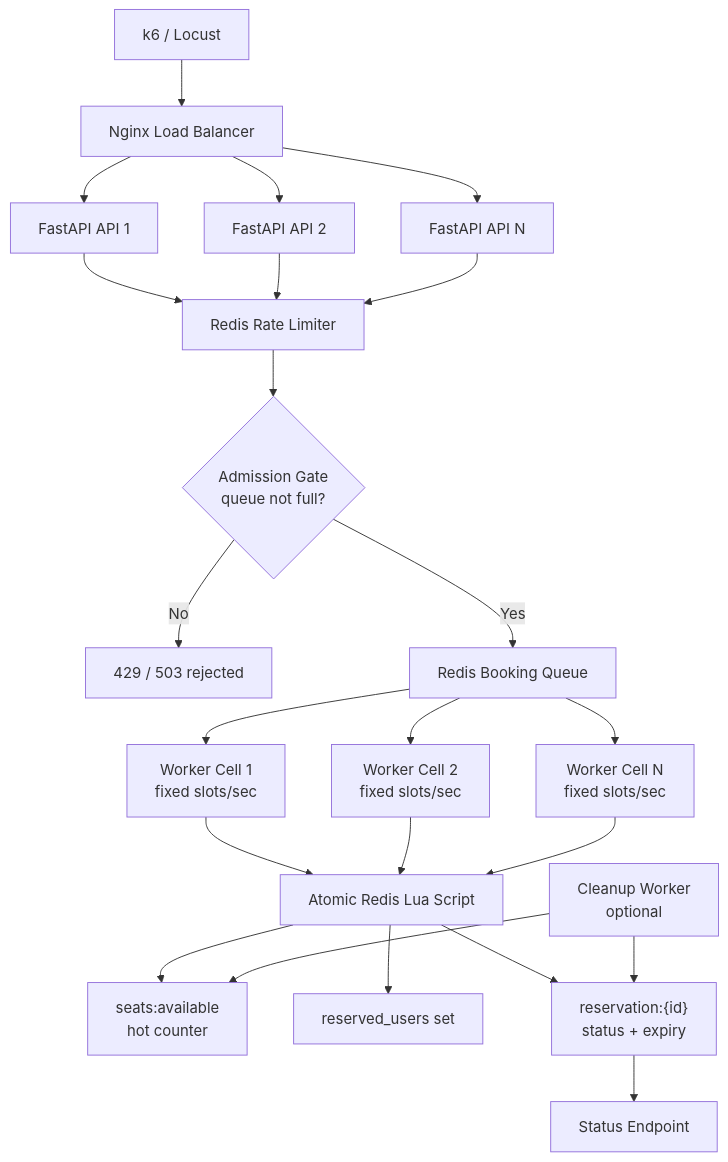
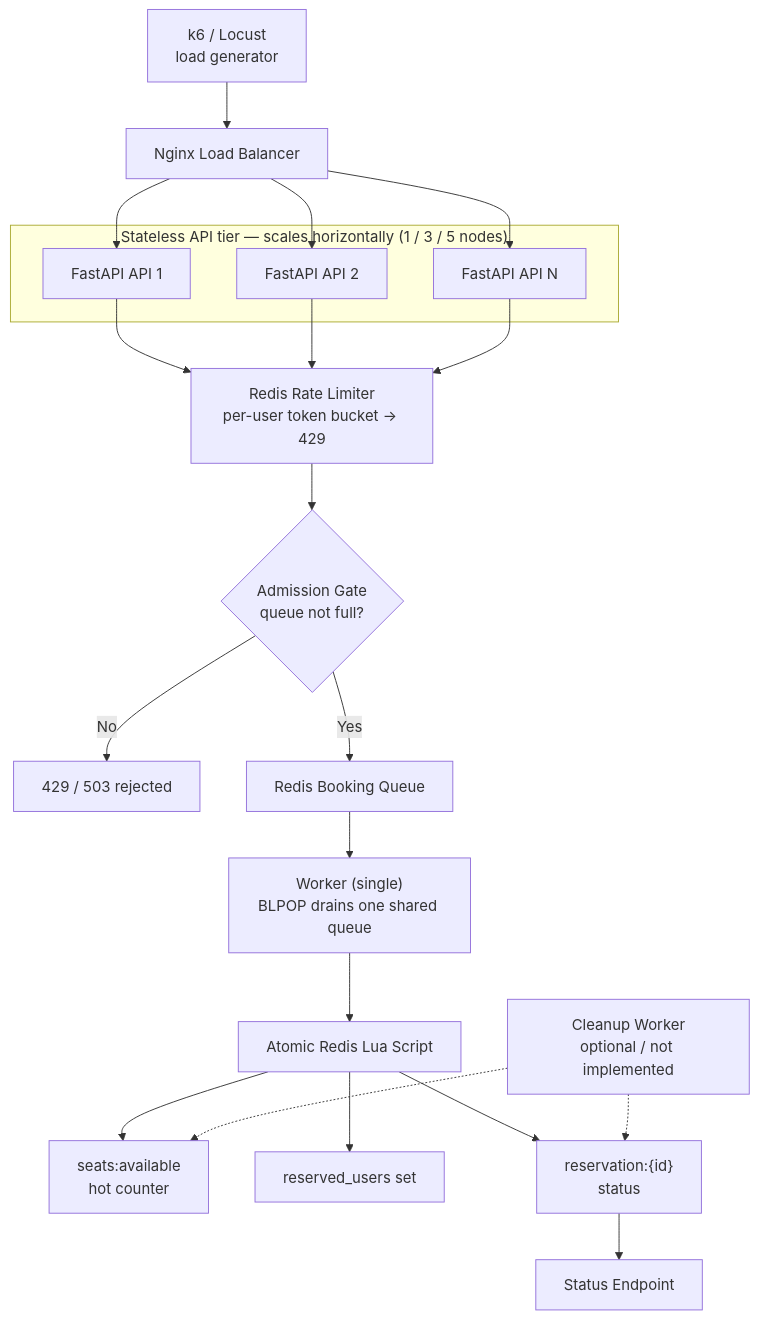
One commit to felix00112/SE3S-Assignment-Prototyping1 changed the diagram in README.md. Above: the diagram before and after it, drawn with Mermaid. The commit also changed other lines of this file and 4 other files, not shown here.

Commit message:
add GCP Nginx load balancer in front of the API tier

````diff
--- a/README.md
+++ b/README.md
@@ -123,32 +129,34 @@
 ```mermaid
 flowchart TD
-    A["k6 / Locust"] --> B["Nginx Load Balancer"]
-    B --> C1["FastAPI API 1"]
-    B --> C2["FastAPI API 2"]
-    B --> C3["FastAPI API N"]
+    A["k6 / Locust<br/>load generator"] --> B["Nginx Load Balancer"]
 
-    C1 --> D["Redis Rate Limiter"]
+    subgraph APITIER["Stateless API tier — scales horizontally (1 / 3 / 5 nodes)"]
+        C1["FastAPI API 1"]
+        C2["FastAPI API 2"]
+        C3["FastAPI API N"]
+    end
+
+    B --> C1
+    B --> C2
+    B --> C3
+
+    C1 --> D["Redis Rate Limiter<br/>per-user token bucket → 429"]
     C2 --> D
     C3 --> D
 
     D --> E{"Admission Gate<br/>queue not full?"}
     E -- "No" --> F["429 / 503 rejected"]
     E -- "Yes" --> G["Redis Booking Queue"]
 
-    G --> H1["Worker Cell 1<br/>fixed slots/sec"]
-    G --> H2["Worker Cell 2<br/>fixed slots/sec"]
-    G --> HN["Worker Cell N<br/>fixed slots/sec"]
-
-    H1 --> I["Atomic Redis Lua Script"]
-    H2 --> I
-    HN --> I
+    G --> H["Worker (single)<br/>BLPOP drains one shared queue"]
+    H --> I["Atomic Redis Lua Script"]
 
     I --> J["seats:available<br/>hot counter"]
     I --> K["reserved_users set"]
-    I --> L["reservation:{id}<br/>status + expiry"]
+    I --> L["reservation:{id}<br/>status"]
 
-    M["Cleanup Worker<br/>optional"] --> L
-    M --> J
+    M["Cleanup Worker<br/>optional / not implemented"] -.-> L
+    M -.-> J
 
     L --> N["Status Endpoint"]
 ```
````
